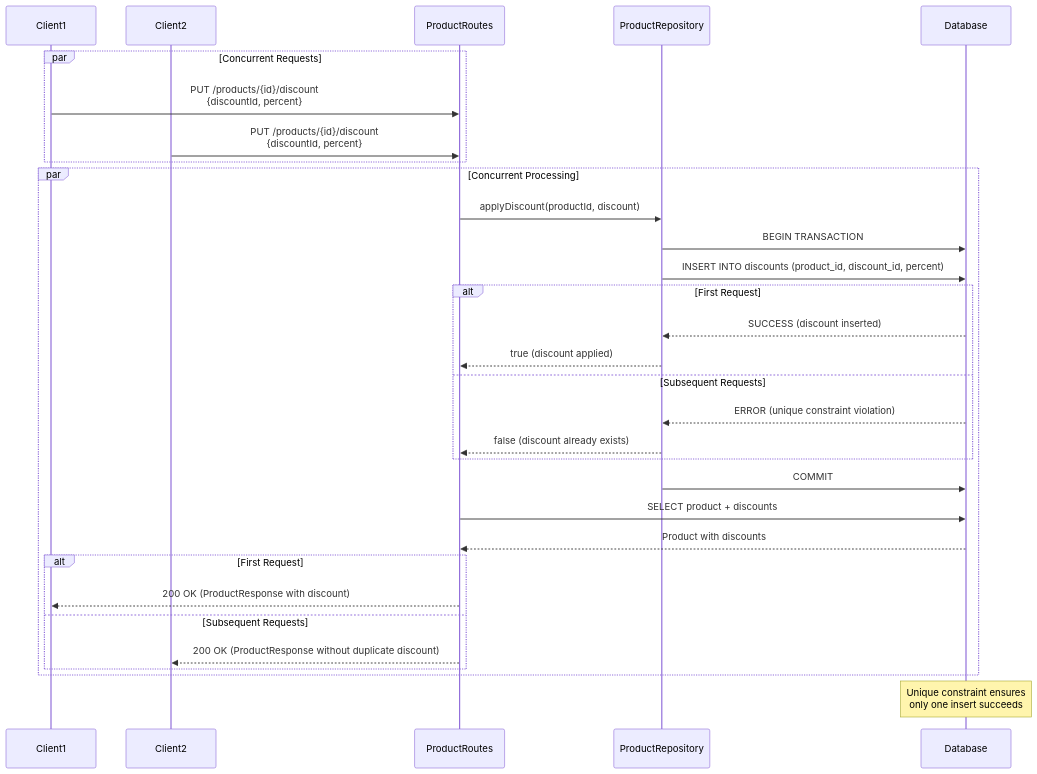
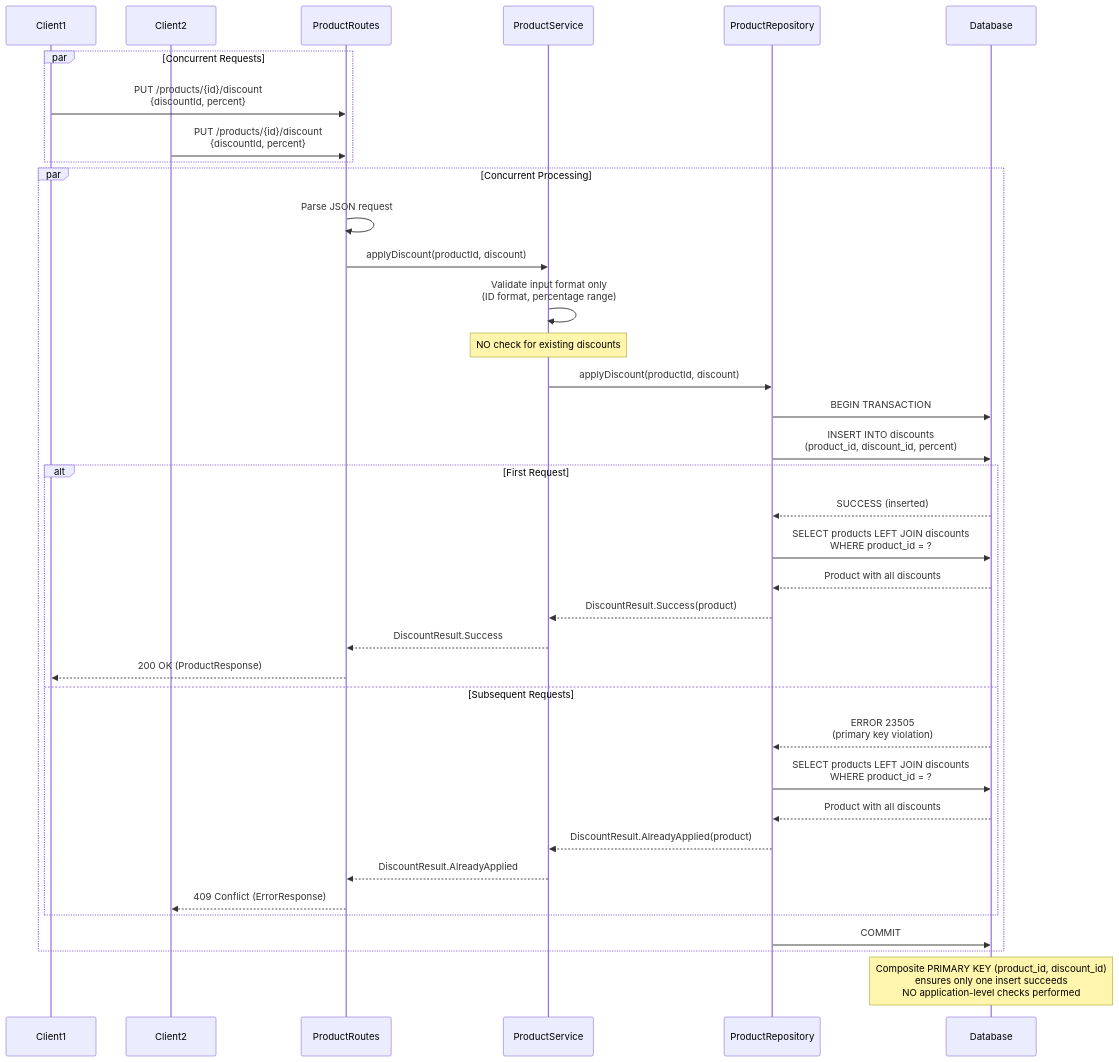
One commit to jayashree09/ktor-project changed the second of 2 diagrams in ARCHITECTURE.md. Above: the diagram before and after it, drawn with Mermaid. The commit also changed other lines of this file and 7 other files, not shown here.

````diff
--- a/ARCHITECTURE.md
+++ b/ARCHITECTURE.md
@@ -109,40 +148,44 @@
 ```mermaid
 sequenceDiagram
     participant Client1
     participant Client2
     participant ProductRoutes
+    participant ProductService
     participant ProductRepository
     participant Database
 
     par Concurrent Requests
         Client1->>ProductRoutes: PUT /products/{id}/discount<br/>{discountId, percent}
         Client2->>ProductRoutes: PUT /products/{id}/discount<br/>{discountId, percent}
     end
 
     par Concurrent Processing
-        ProductRoutes->>ProductRepository: applyDiscount(productId, discount)
+        ProductRoutes->>ProductRoutes: Parse JSON request
+        ProductRoutes->>ProductService: applyDiscount(productId, discount)
+        ProductService->>ProductService: Validate input format only<br/>(ID format, percentage range)
+        Note over ProductService: NO check for existing discounts
+        ProductService->>ProductRepository: applyDiscount(productId, discount)
         ProductRepository->>Database: BEGIN TRANSACTION
-        ProductRepository->>Database: INSERT INTO discounts (product_id, discount_id, percent)
+        ProductRepository->>Database: INSERT INTO discounts<br/>(product_id, discount_id, percent)
         
         alt First Request
-            Database-->>ProductRepository: SUCCESS (discount inserted)
-            ProductRepository-->>ProductRoutes: true (discount applied)
+            Database-->>ProductRepository: SUCCESS (inserted)
+            ProductRepository->>Database: SELECT products LEFT JOIN discounts<br/>WHERE product_id = ?
+            Database-->>ProductRepository: Product with all discounts
+            ProductRepository-->>ProductService: DiscountResult.Success(product)
+            ProductService-->>ProductRoutes: DiscountResult.Success
+            ProductRoutes-->>Client1: 200 OK (ProductResponse)
         else Subsequent Requests
-            Database-->>ProductRepository: ERROR (unique constraint violation)
-            ProductRepository-->>ProductRoutes: false (discount already exists)
+            Database-->>ProductRepository: ERROR 23505<br/>(primary key violation)
+            ProductRepository->>Database: SELECT products LEFT JOIN discounts<br/>WHERE product_id = ?
+            Database-->>ProductRepository: Product with all discounts
+            ProductRepository-->>ProductService: DiscountResult.AlreadyApplied(product)
+            ProductService-->>ProductRoutes: DiscountResult.AlreadyApplied
+            ProductRoutes-->>Client2: 409 Conflict (ErrorResponse)
         end
         
         ProductRepository->>Database: COMMIT
-        
-        ProductRoutes->>Database: SELECT product + discounts
-        Database-->>ProductRoutes: Product with discounts
-        
-        alt First Request
-            ProductRoutes-->>Client1: 200 OK (ProductResponse with discount)
-        else Subsequent Requests
-            ProductRoutes-->>Client2: 200 OK (ProductResponse without duplicate discount)
-        end
     end
 
-    Note over Database: Unique constraint ensures<br/>only one insert succeeds
+    Note over Database: Composite PRIMARY KEY (product_id, discount_id)<br/>ensures only one insert succeeds<br/>NO application-level checks performed
 ```
````
